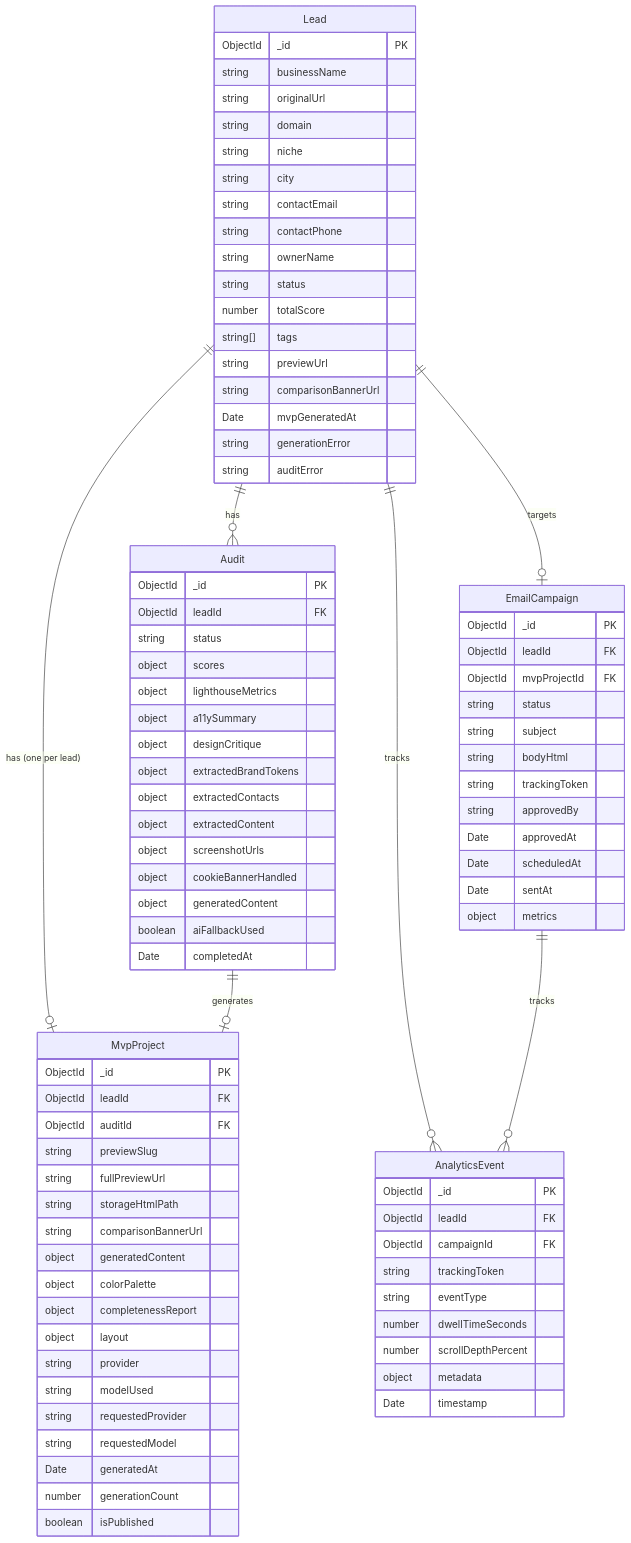
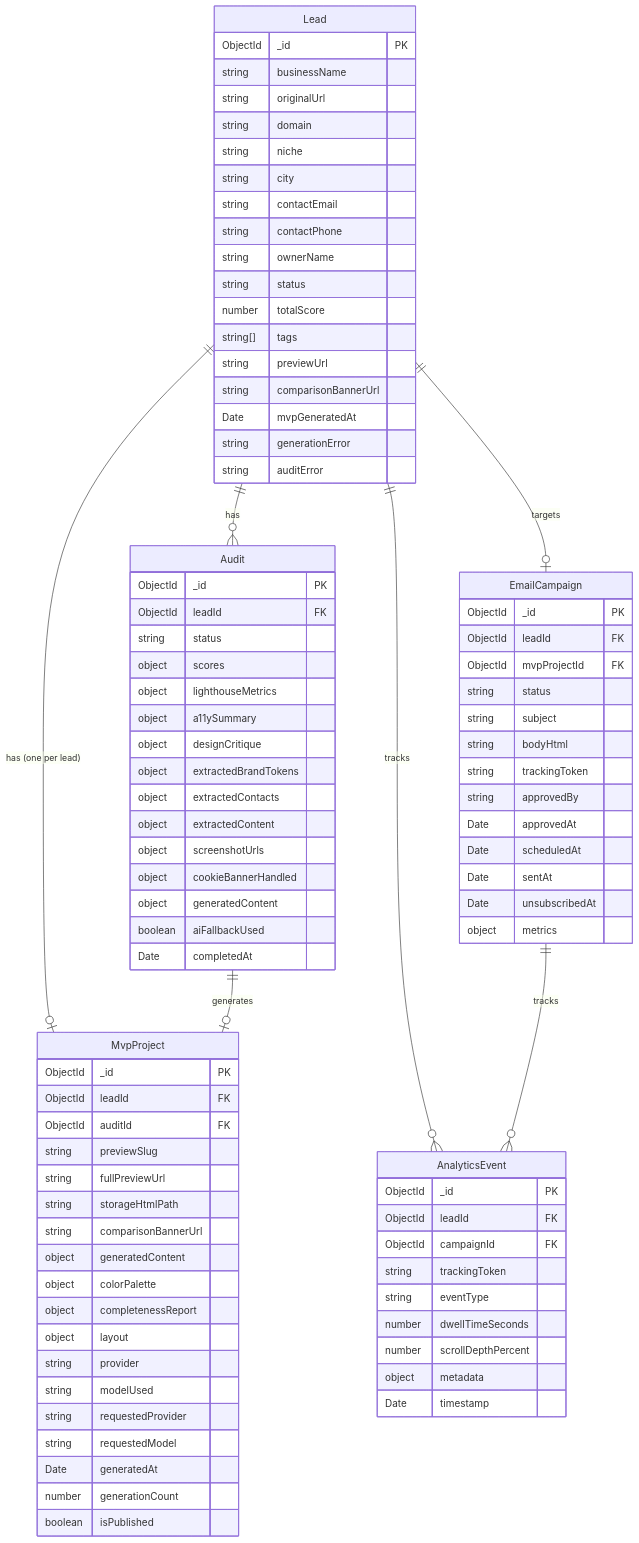
The seventh of 10 diagrams in blueprint.md (yurykurouski/revamp-docs), drawn with Mermaid before and after one commit. The commit also changed other lines of this file and 2 other files, not shown here.

```diff
--- a/blueprint.md
+++ b/blueprint.md
@@ -495,6 +495,7 @@
         Date approvedAt
         Date scheduledAt
         Date sentAt
+        Date unsubscribedAt
         object metrics
     }
 
```
